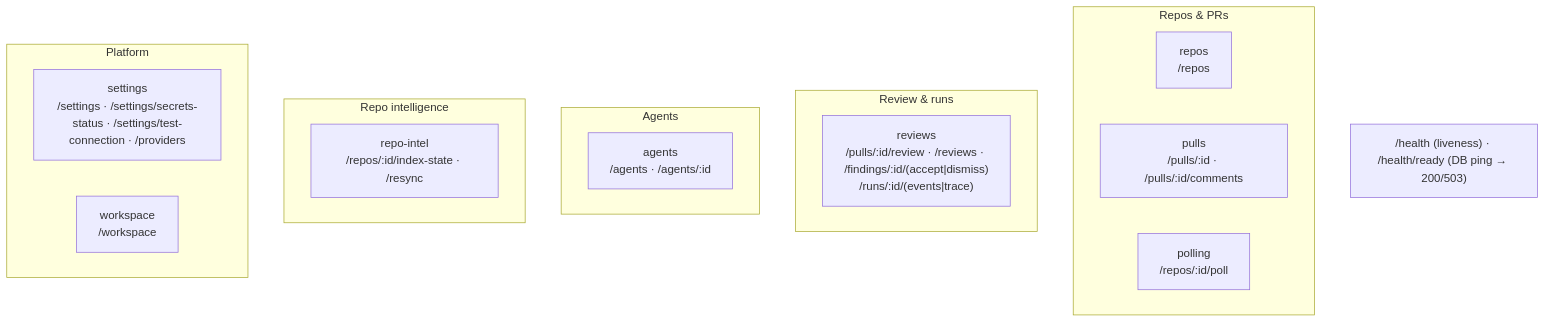
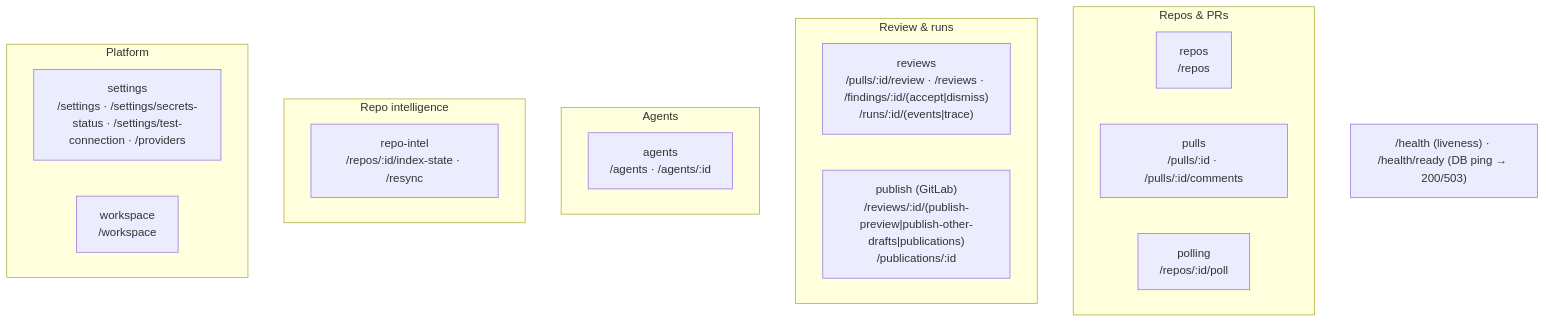
One commit to Flamenom/dev-digest changed the second of 3 diagrams in server/README.md. Above: the diagram before and after it, drawn with Mermaid. The commit also changed other lines of this file and 123 other files, not shown here.

First line of the commit message:
feat(gitlab): publish review findings to a GitLab MR as one batch review

````diff
--- a/server/README.md
+++ b/server/README.md
@@ -64,22 +64,23 @@
 ```mermaid
 flowchart TB
   subgraph Repos_PRs["Repos & PRs"]
     repos["repos<br/>/repos"]
     pulls["pulls<br/>/pulls/:id · /pulls/:id/comments"]
     polling["polling<br/>/repos/:id/poll"]
   end
   subgraph Review["Review & runs"]
     reviews["reviews<br/>/pulls/:id/review · /reviews · /findings/:id/(accept|dismiss)<br/>/runs/:id/(events|trace)"]
+    publish["publish (GitLab)<br/>/reviews/:id/(publish-preview|publish-other-drafts|publications)<br/>/publications/:id"]
   end
   subgraph Agents["Agents"]
     agents["agents<br/>/agents · /agents/:id"]
   end
   subgraph Intel["Repo intelligence"]
     repoIntel["repo-intel<br/>/repos/:id/index-state · /resync"]
   end
   subgraph Platform["Platform"]
     settings["settings<br/>/settings · /settings/secrets-status · /settings/test-connection · /providers"]
     workspace["workspace<br/>/workspace"]
   end
   HEALTH["/health (liveness) · /health/ready (DB ping → 200/503)"]
 ```
````
